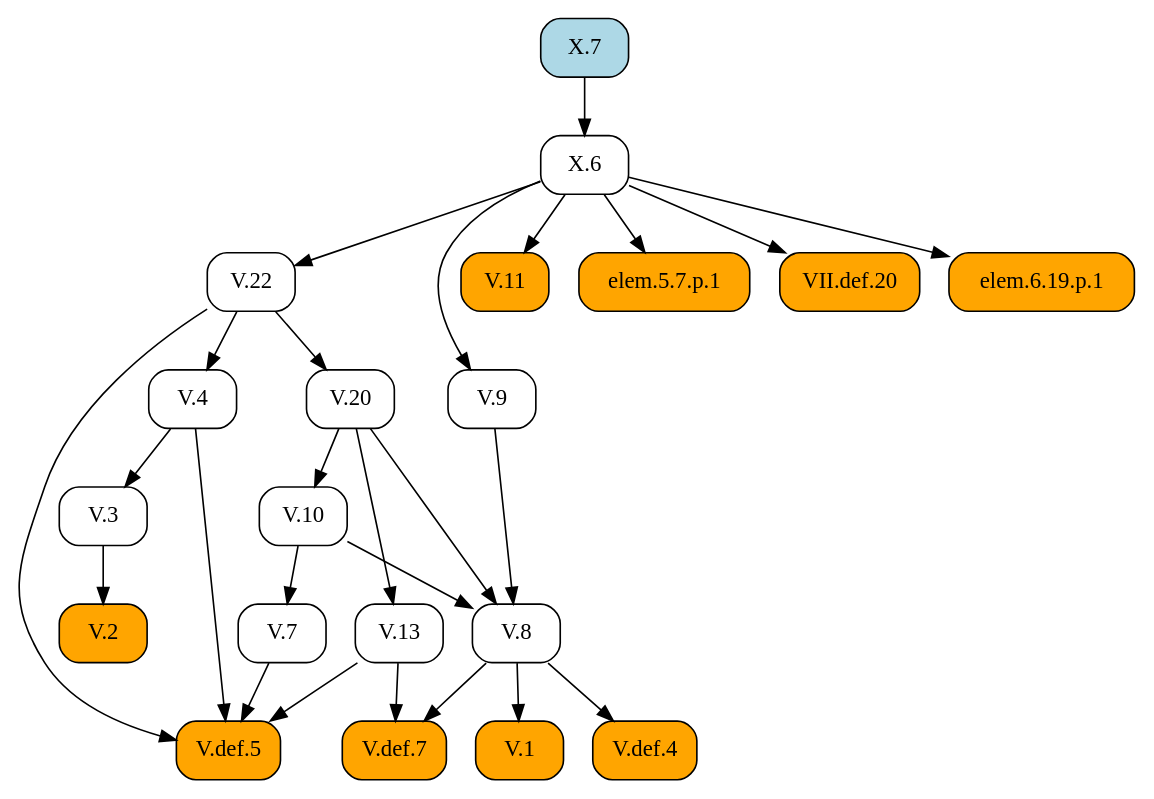
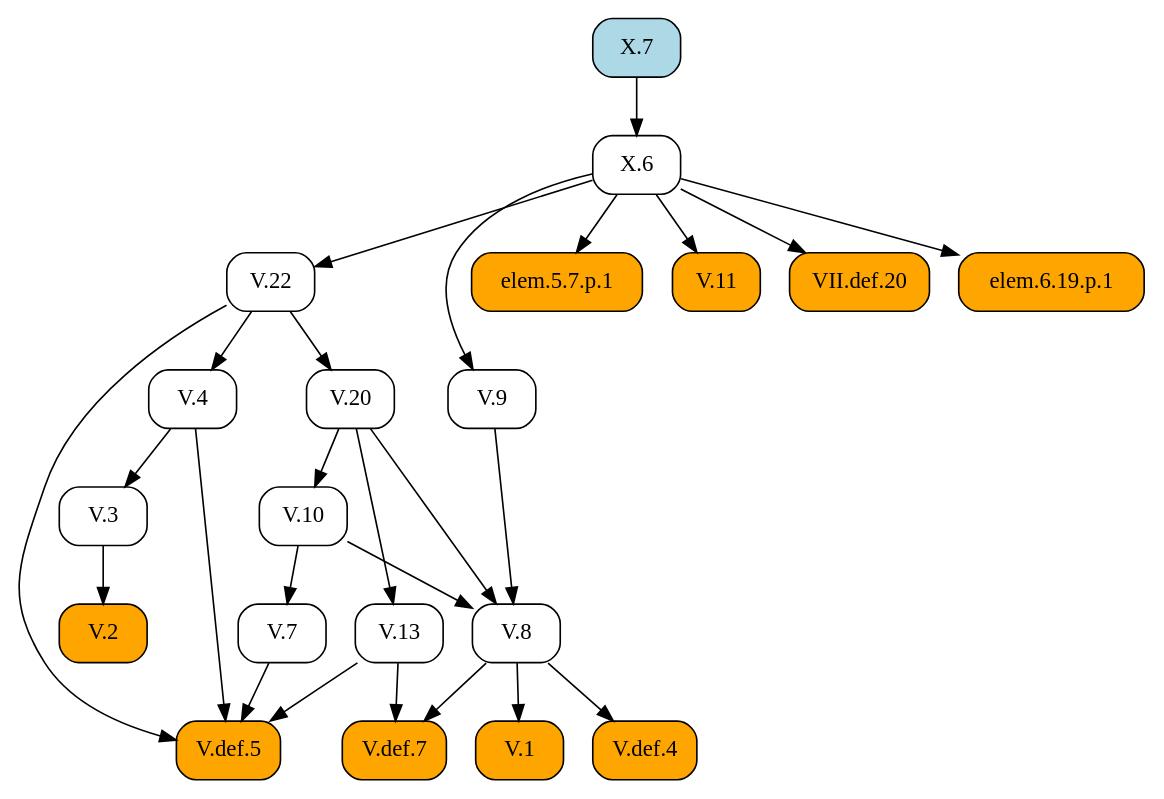
One commit to geometor/elements changed the diagram in docsrc/heath/X/7/index.rst. Above: the diagram before and after it, drawn with Graphviz. The commit also changed other lines of this file and 1029 other files, not shown here.

```diff
--- a/docsrc/heath/X/7/index.rst
+++ b/docsrc/heath/X/7/index.rst
@@ -30,51 +30,51 @@
 .. graphviz::
 
    digraph {
      rankdir="TB";
      node [shape=box, style=rounded];
+     "V.8" [URL="/heath/V/8/", target="_top"];
+     "V.def.5" [style="rounded,filled", fillcolor=orange, URL="/heath/V/def.5/", target="_top"];
+     "V.22" [URL="/heath/V/22/", target="_top"];
+     "V.4" [URL="/heath/V/4/", target="_top"];
+     "elem.5.7.p.1" [style="rounded,filled", fillcolor=orange];
+     "X.6" [URL="/heath/X/6/", target="_top"];
+     "V.10" [URL="/heath/V/10/", target="_top"];
+     "V.13" [URL="/heath/V/13/", target="_top"];
+     "V.20" [URL="/heath/V/20/", target="_top"];
+     "V.11" [style="rounded,filled", fillcolor=orange, URL="/heath/V/11/", target="_top"];
      "V.1" [style="rounded,filled", fillcolor=orange, URL="/heath/V/1/", target="_top"];
+     "V.7" [URL="/heath/V/7/", target="_top"];
+     "V.9" [URL="/heath/V/9/", target="_top"];
+     "V.def.4" [style="rounded,filled", fillcolor=orange, URL="/heath/V/def.4/", target="_top"];
+     "V.2" [style="rounded,filled", fillcolor=orange, URL="/heath/V/2/", target="_top"];
+     "V.3" [URL="/heath/V/3/", target="_top"];
+     "V.def.7" [style="rounded,filled", fillcolor=orange, URL="/heath/V/def.7/", target="_top"];
      "X.7" [style="rounded,filled", fillcolor=lightblue, URL="/heath/X/7/", target="_top"];
-     "V.10" [URL="/heath/V/10/", target="_top"];
-     "X.6" [URL="/heath/X/6/", target="_top"];
-     "V.20" [URL="/heath/V/20/", target="_top"];
-     "V.2" [style="rounded,filled", fillcolor=orange, URL="/heath/V/2/", target="_top"];
-     "V.def.4" [style="rounded,filled", fillcolor=orange, URL="/heath/V/def.4/", target="_top"];
-     "V.11" [style="rounded,filled", fillcolor=orange, URL="/heath/V/11/", target="_top"];
-     "V.8" [URL="/heath/V/8/", target="_top"];
-     "V.22" [URL="/heath/V/22/", target="_top"];
-     "elem.5.7.p.1" [style="rounded,filled", fillcolor=orange];
-     "V.4" [URL="/heath/V/4/", target="_top"];
-     "V.7" [URL="/heath/V/7/", target="_top"];
-     "V.13" [URL="/heath/V/13/", target="_top"];
-     "V.9" [URL="/heath/V/9/", target="_top"];
-     "V.3" [URL="/heath/V/3/", target="_top"];
      "VII.def.20" [style="rounded,filled", fillcolor=orange, URL="/heath/VII/def.20/", target="_top"];
      "elem.6.19.p.1" [style="rounded,filled", fillcolor=orange];
-     "V.def.7" [style="rounded,filled", fillcolor=orange, URL="/heath/V/def.7/", target="_top"];
-     "V.def.5" [style="rounded,filled", fillcolor=orange, URL="/heath/V/def.5/", target="_top"];
-     "V.8" -> "V.1";
-     "V.20" -> "V.10";
-     "X.7" -> "X.6";
-     "V.22" -> "V.20";
-     "V.3" -> "V.2";
-     "V.8" -> "V.def.4";
-     "X.6" -> "V.11";
      "V.9" -> "V.8";
      "V.10" -> "V.8";
      "V.20" -> "V.8";
-     "X.6" -> "V.22";
-     "X.6" -> "elem.5.7.p.1";
-     "V.22" -> "V.4";
-     "V.10" -> "V.7";
-     "V.20" -> "V.13";
-     "X.6" -> "V.9";
-     "V.4" -> "V.3";
-     "X.6" -> "VII.def.20";
-     "X.6" -> "elem.6.19.p.1";
-     "V.8" -> "V.def.7";
-     "V.13" -> "V.def.7";
      "V.4" -> "V.def.5";
      "V.7" -> "V.def.5";
      "V.13" -> "V.def.5";
      "V.22" -> "V.def.5";
+     "X.6" -> "V.22";
+     "V.22" -> "V.4";
+     "X.6" -> "elem.5.7.p.1";
+     "X.7" -> "X.6";
+     "V.20" -> "V.10";
+     "V.20" -> "V.13";
+     "V.22" -> "V.20";
+     "X.6" -> "V.11";
+     "V.8" -> "V.1";
+     "V.10" -> "V.7";
+     "X.6" -> "V.9";
+     "V.8" -> "V.def.4";
+     "V.3" -> "V.2";
+     "V.4" -> "V.3";
+     "V.8" -> "V.def.7";
+     "V.13" -> "V.def.7";
+     "X.6" -> "VII.def.20";
+     "X.6" -> "elem.6.19.p.1";
    }
```
